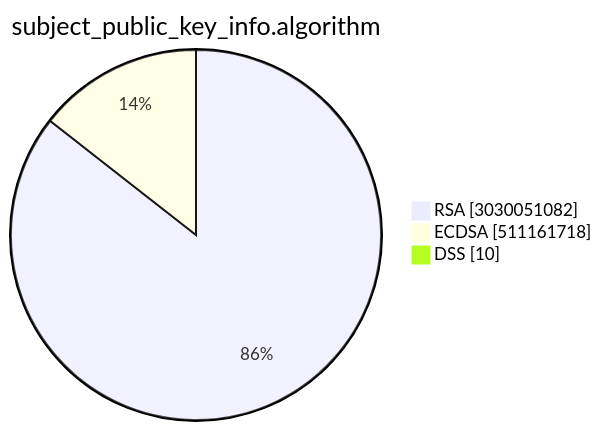
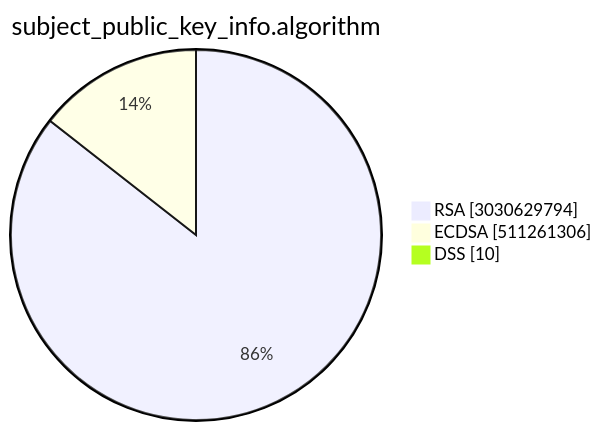
Before and after one commit to christiankrug/ctmonitor_visualization: the second of 15 diagrams in TOTAL/README.md, drawn with Mermaid. The commit also changed other lines of this file, not shown here.

````diff
--- a/TOTAL/README.md
+++ b/TOTAL/README.md
@@ -6,7 +6,7 @@
 ```mermaid
 pie showData
 title subject_public_key_info.algorithm
-"RSA" :3030051082
-"ECDSA" :511161718
+"RSA" :3030629794
+"ECDSA" :511261306
 "DSS" :10
 ```
````
